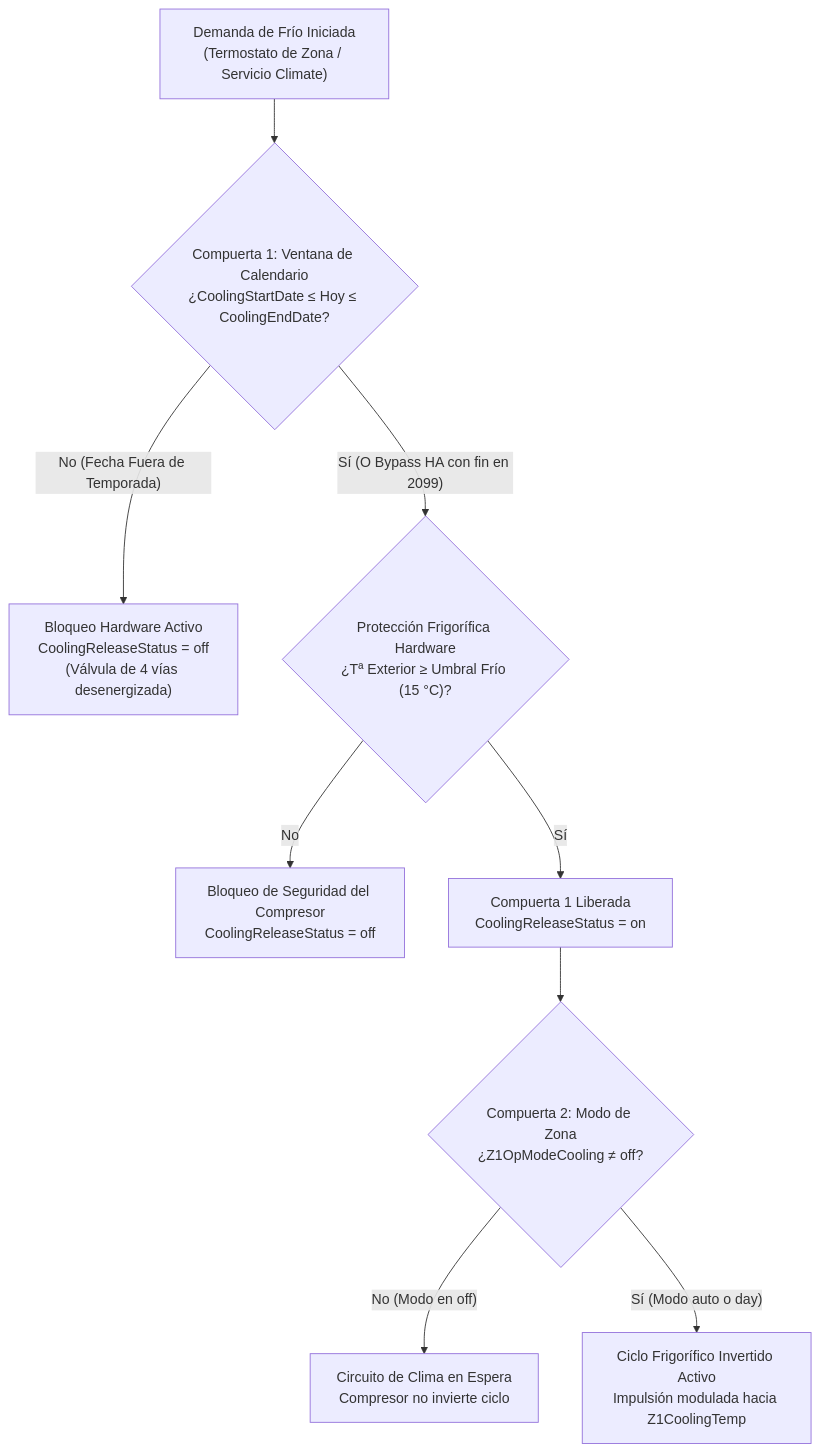
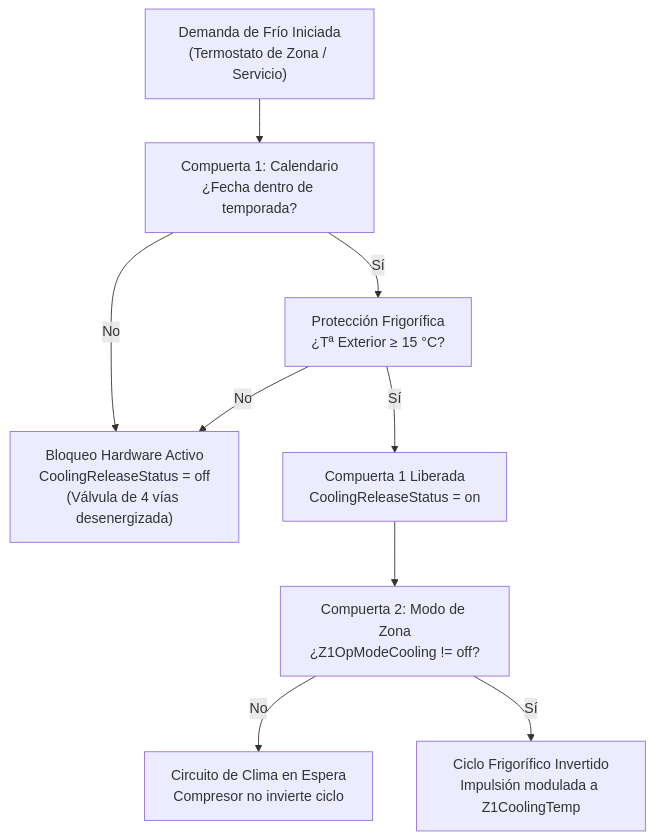
One commit to R91g/arotherm-genia-ebusd changed the second of 3 diagrams in docs/technical_reference_es.md. Above: the diagram before and after it, drawn with Mermaid. The commit also changed other lines of this file and 3 other files, not shown here.

First line of the commit message:
docs: fix KaTeX math formula syntax, refine flowchart nodes, and update unit test count to 38

````diff
--- a/docs/technical_reference_es.md
+++ b/docs/technical_reference_es.md
@@ -230,16 +230,16 @@
 ```mermaid
 flowchart TD
-    Req["Demanda de Frío Iniciada<br/>(Termostato de Zona / Servicio Climate)"] --> Gate1{"Compuerta 1: Ventana de Calendario<br/>¿CoolingStartDate &le; Hoy &le; CoolingEndDate?"}
+    Req["Demanda de Frío Iniciada<br/>(Termostato de Zona / Servicio)"] --> Gate1["Compuerta 1: Calendario<br/>¿Fecha dentro de temporada?"]
     
-    Gate1 -- "No (Fecha Fuera de Temporada)" --> Lock1["Bloqueo Hardware Activo<br/>CoolingReleaseStatus = off<br/>(Válvula de 4 vías desenergizada)"]
+    Gate1 -- No --> Lock1["Bloqueo Hardware Activo<br/>CoolingReleaseStatus = off<br/>(Válvula de 4 vías desenergizada)"]
     
-    Gate1 -- "Sí (O Bypass HA con fin en 2099)" --> TempCheck{"Protección Frigorífica Hardware<br/>¿Tª Exterior &ge; Umbral Frío (15 °C)?"}
+    Gate1 -- Sí --> TempCheck["Protección Frigorífica<br/>¿Tª Exterior ≥ 15 °C?"]
     
-    TempCheck -- "No" --> LockTemp["Bloqueo de Seguridad del Compresor<br/>CoolingReleaseStatus = off"]
-    TempCheck -- "Sí" --> Release["Compuerta 1 Liberada<br/>CoolingReleaseStatus = on"]
+    TempCheck -- No --> Lock1
+    TempCheck -- Sí --> Release["Compuerta 1 Liberada<br/>CoolingReleaseStatus = on"]
     
-    Release --> Gate2{"Compuerta 2: Modo de Zona<br/>¿Z1OpModeCooling &ne; off?"}
+    Release --> Gate2["Compuerta 2: Modo de Zona<br/>¿Z1OpModeCooling != off?"]
     
-    Gate2 -- "No (Modo en off)" --> OffMode["Circuito de Clima en Espera<br/>Compresor no invierte ciclo"]
-    Gate2 -- "Sí (Modo auto o day)" --> ActiveCool["Ciclo Frigorífico Invertido Activo<br/>Impulsión modulada hacia Z1CoolingTemp"]
+    Gate2 -- No --> OffMode["Circuito de Clima en Espera<br/>Compresor no invierte ciclo"]
+    Gate2 -- Sí --> ActiveCool["Ciclo Frigorífico Invertido<br/>Impulsión modulada a Z1CoolingTemp"]
 ```
````
